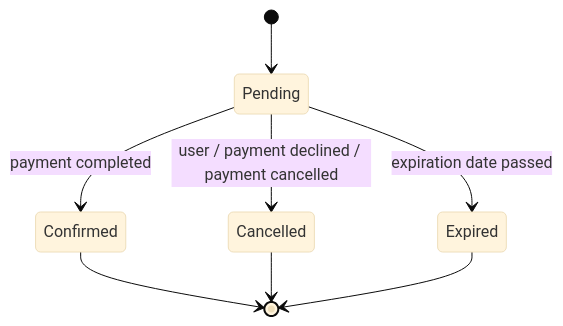
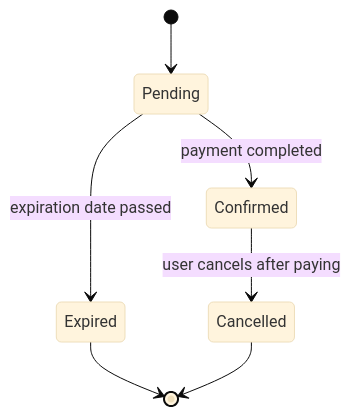
The second of 3 diagrams in README.md (Gw0zdziu/ModularReservations), drawn with Mermaid (base theme) before and after one commit. The commit also changed other lines of this file, not shown here.

First line of the commit message:
Update README: cancel only after payment, refund in scope, declined payment keeps reservation pending

````diff
--- a/README.md
+++ b/README.md
@@ -98,10 +100,9 @@
 ```mermaid
 stateDiagram-v2
     [*] --> Pending
     Pending --> Confirmed: payment completed
-    Pending --> Cancelled: user / payment declined / payment cancelled
     Pending --> Expired: expiration date passed
-    Confirmed --> [*]
+    Confirmed --> Cancelled: user cancels after paying
+    Expired --> [*]
     Cancelled --> [*]
-    Expired --> [*]
 ```
````
